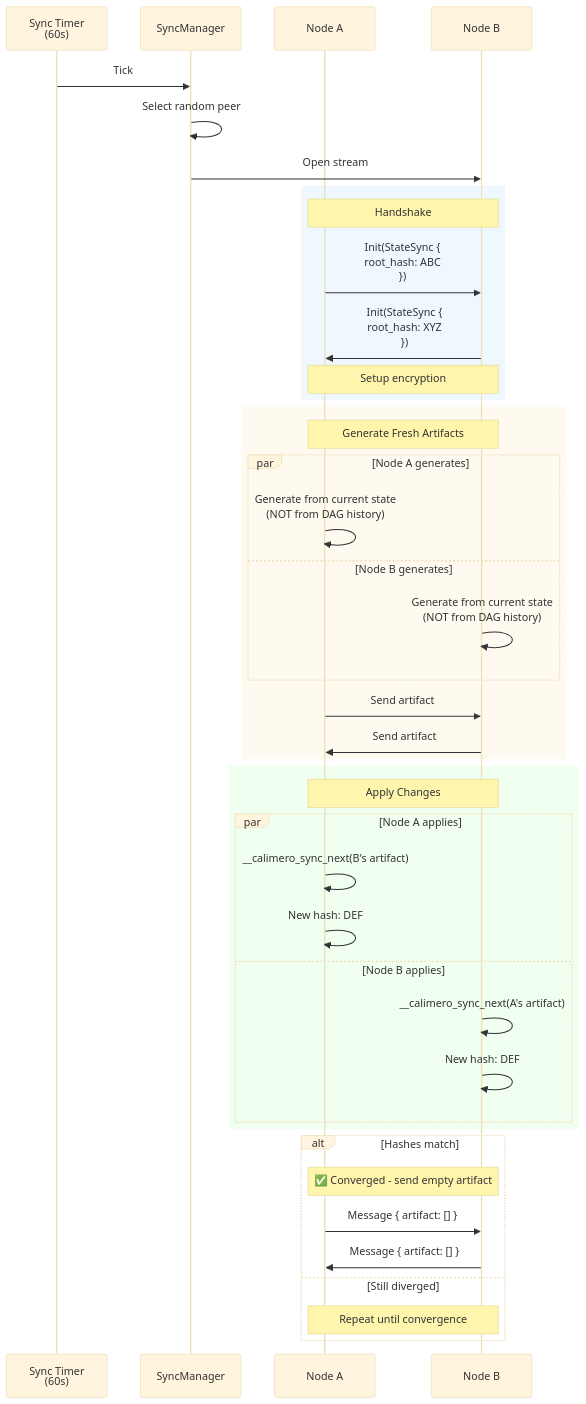
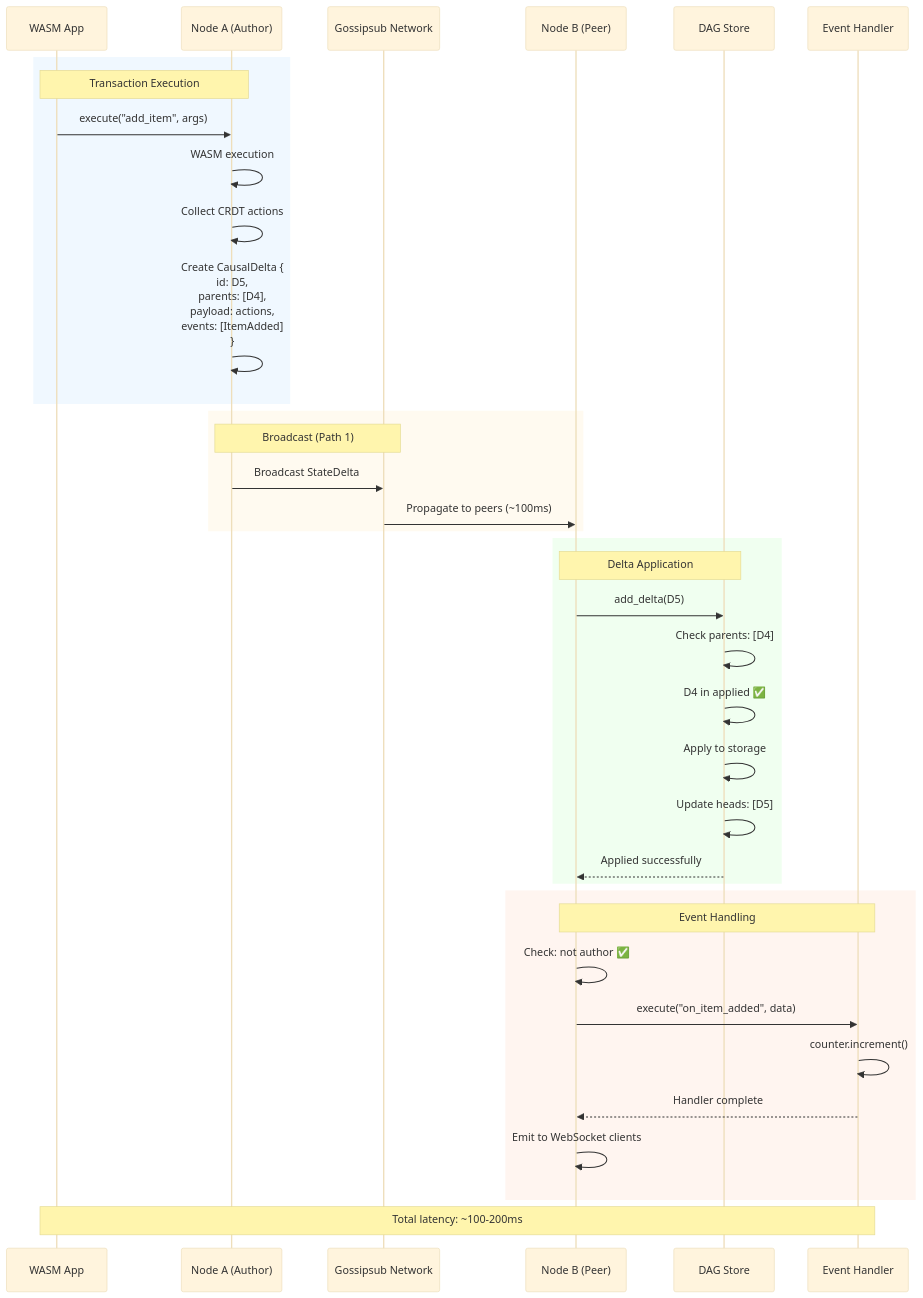
Before and after one commit to calimero-network/core: the second of 5 diagrams in crates/node/README.md, drawn with Mermaid (base theme). The commit also changed other lines of this file and 8 other files, not shown here.

````diff
--- a/crates/node/README.md
+++ b/crates/node/README.md
@@ -178,51 +96,44 @@
 ```mermaid
 sequenceDiagram
-    participant Timer as Sync Timer<br/>(60s)
-    participant SM as SyncManager
-    participant NodeA as Node A
-    participant NodeB as Node B
-    
-    Timer->>SM: Tick
-    SM->>SM: Select random peer
-    SM->>NodeB: Open stream
+    participant App as WASM App
+    participant NodeA as Node A (Author)
+    participant Gossip as Gossipsub Network
+    participant NodeB as Node B (Peer)
+    participant DAG as DAG Store
+    participant Handler as Event Handler
     
     rect rgb(240, 248, 255)
-        Note over NodeA,NodeB: Handshake
-        NodeA->>NodeB: Init(StateSync {<br/>  root_hash: ABC<br/>})
-        NodeB->>NodeA: Init(StateSync {<br/>  root_hash: XYZ<br/>})
-        Note over NodeA,NodeB: Setup encryption
+        Note over App,NodeA: Transaction Execution
+        App->>NodeA: execute("add_item", args)
+        NodeA->>NodeA: WASM execution
+        NodeA->>NodeA: Collect CRDT actions
+        NodeA->>NodeA: Create CausalDelta {<br/>  id: D5,<br/>  parents: [D4],<br/>  payload: actions,<br/>  events: [ItemAdded]<br/>}
     end
     
     rect rgb(255, 250, 240)
-        Note over NodeA,NodeB: Generate Fresh Artifacts
-        
-        par Node A generates
-            NodeA->>NodeA: Generate from current state<br/>(NOT from DAG history)
-        and Node B generates
-            NodeB->>NodeB: Generate from current state<br/>(NOT from DAG history)
-        end
-        
-        NodeA->>NodeB: Send artifact
-        NodeB->>NodeA: Send artifact
+        Note over NodeA,Gossip: Broadcast (Path 1)
+        NodeA->>Gossip: Broadcast StateDelta
+        Gossip->>NodeB: Propagate to peers (~100ms)
     end
     
     rect rgb(240, 255, 240)
-        Note over NodeA,NodeB: Apply Changes
-        
-        par Node A applies
-            NodeA->>NodeA: __calimero_sync_next(B's artifact)
-            NodeA->>NodeA: New hash: DEF
-        and Node B applies
-            NodeB->>NodeB: __calimero_sync_next(A's artifact)
-            NodeB->>NodeB: New hash: DEF
-        end
+        Note over NodeB,DAG: Delta Application
+        NodeB->>DAG: add_delta(D5)
+        DAG->>DAG: Check parents: [D4]
+        DAG->>DAG: D4 in applied ✅
+        DAG->>DAG: Apply to storage
+        DAG->>DAG: Update heads: [D5]
+        DAG-->>NodeB: Applied successfully
     end
     
-    alt Hashes match
-        Note over NodeA,NodeB: ✅ Converged - send empty artifact
-        NodeA->>NodeB: Message { artifact: [] }
-        NodeB->>NodeA: Message { artifact: [] }
-    else Still diverged
-        Note over NodeA,NodeB: Repeat until convergence
+    rect rgb(255, 245, 240)
+        Note over NodeB,Handler: Event Handling
+        NodeB->>NodeB: Check: not author ✅
+        NodeB->>Handler: execute("on_item_added", data)
+        Handler->>Handler: counter.increment()
+        Handler-->>NodeB: Handler complete
+        NodeB->>NodeB: Emit to WebSocket clients
     end
+    
+    Note over App,Handler: Total latency: ~100-200ms
 ```
````
